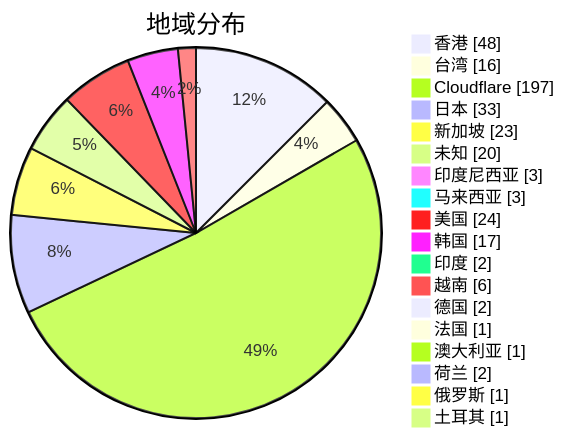
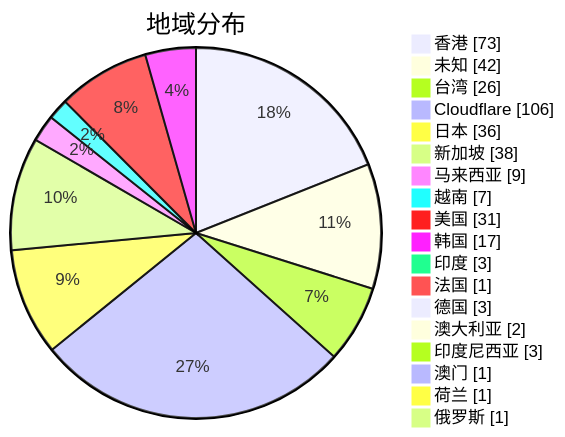
One commit to qjlxg/airport changed the second of 3 diagrams in subs/statistics/tested_within.md. Above: the diagram before and after it, drawn with Mermaid. The commit also changed other lines of this file and 2 other files, not shown here.

Commit message:
Tested by metaST

````diff
--- a/subs/statistics/tested_within.md
+++ b/subs/statistics/tested_within.md
@@ -12,22 +13,22 @@
 ```mermaid
 pie showData
 title 地域分布
-"香港" : 48
-"台湾" : 16
-"Cloudflare" : 197
-"日本" : 33
-"新加坡" : 23
-"未知" : 20
+"香港" : 73
+"未知" : 42
+"台湾" : 26
+"Cloudflare" : 106
+"日本" : 36
+"新加坡" : 38
+"马来西亚" : 9
+"越南" : 7
+"美国" : 31
+"韩国" : 17
+"印度" : 3
+"法国" : 1
+"德国" : 3
+"澳大利亚" : 2
 "印度尼西亚" : 3
-"马来西亚" : 3
-"美国" : 24
-"韩国" : 17
-"印度" : 2
-"越南" : 6
-"德国" : 2
-"法国" : 1
-"澳大利亚" : 1
-"荷兰" : 2
+"澳门" : 1
+"荷兰" : 1
 "俄罗斯" : 1
-"土耳其" : 1
 ```
````
